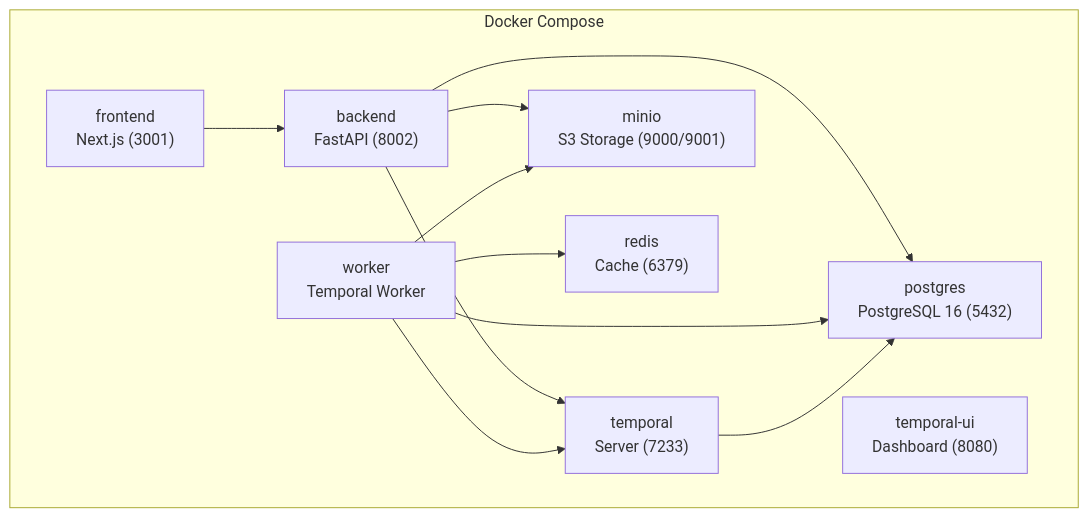
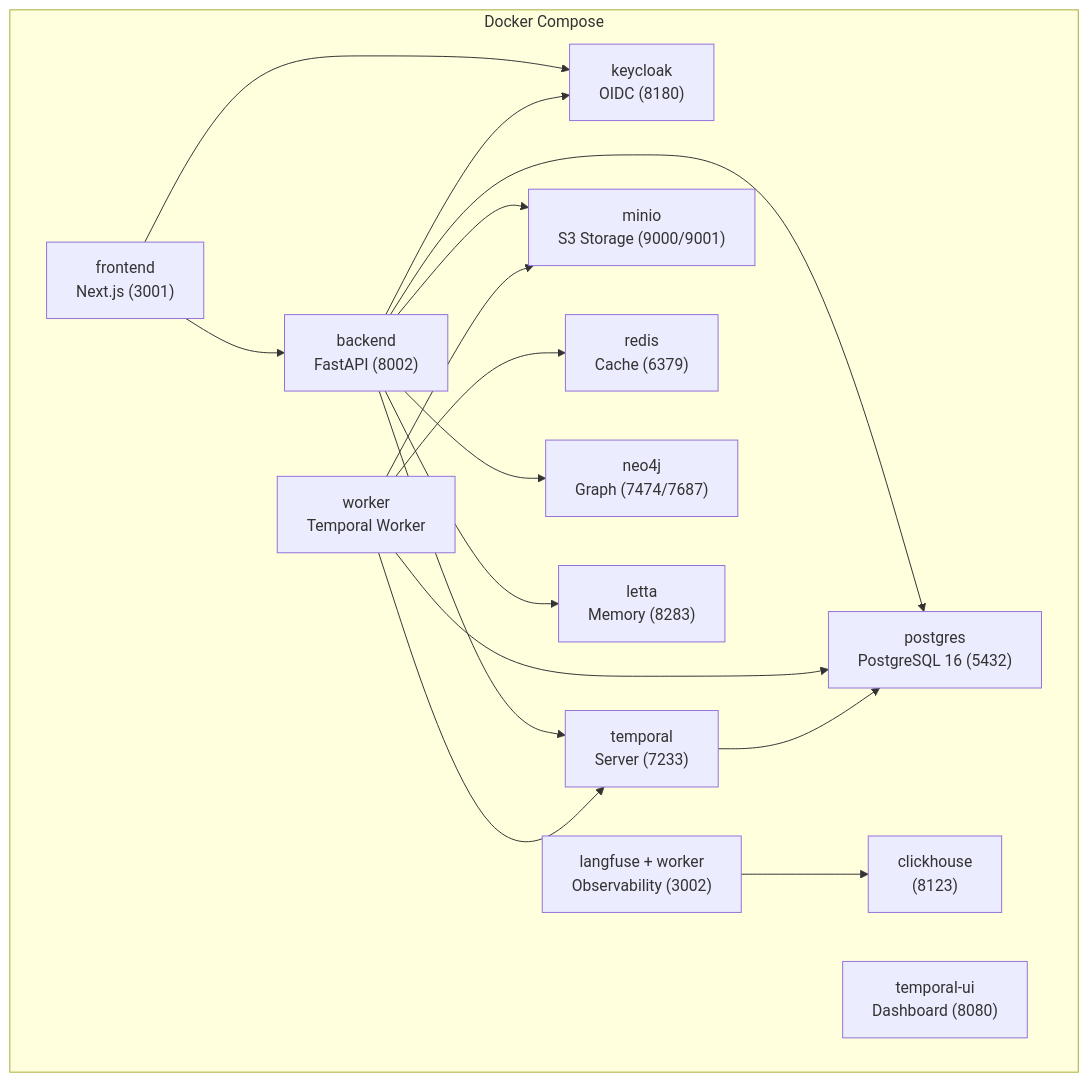
Before and after one commit to Tsunami-max/trust-relay-docs: the first of 2 diagrams in docs/architecture/deployment.md, drawn with Mermaid. The commit also changed other lines of this file and 177 other files, not shown here.

````diff
--- a/docs/architecture/deployment.md
+++ b/docs/architecture/deployment.md
@@ -14,23 +17,33 @@
 ```mermaid
 graph TB
     subgraph compose["Docker Compose"]
         FE["frontend<br/>Next.js (3001)"]
         BE["backend<br/>FastAPI (8002)"]
         WK["worker<br/>Temporal Worker"]
         TM["temporal<br/>Server (7233)"]
         TU["temporal-ui<br/>Dashboard (8080)"]
         PG["postgres<br/>PostgreSQL 16 (5432)"]
         MN["minio<br/>S3 Storage (9000/9001)"]
         RD["redis<br/>Cache (6379)"]
+        KC["keycloak<br/>OIDC (8180)"]
+        N4["neo4j<br/>Graph (7474/7687)"]
+        LT["letta<br/>Memory (8283)"]
+        CH["clickhouse<br/>(8123)"]
+        LF["langfuse + worker<br/>Observability (3002)"]
     end
 
     FE --> BE
+    FE --> KC
+    BE --> KC
     BE --> TM
     WK --> TM
     BE --> PG
     WK --> PG
     BE --> MN
     WK --> MN
     WK --> RD
+    BE --> N4
+    BE --> LT
+    LF --> CH
     TM --> PG
 ```
````
